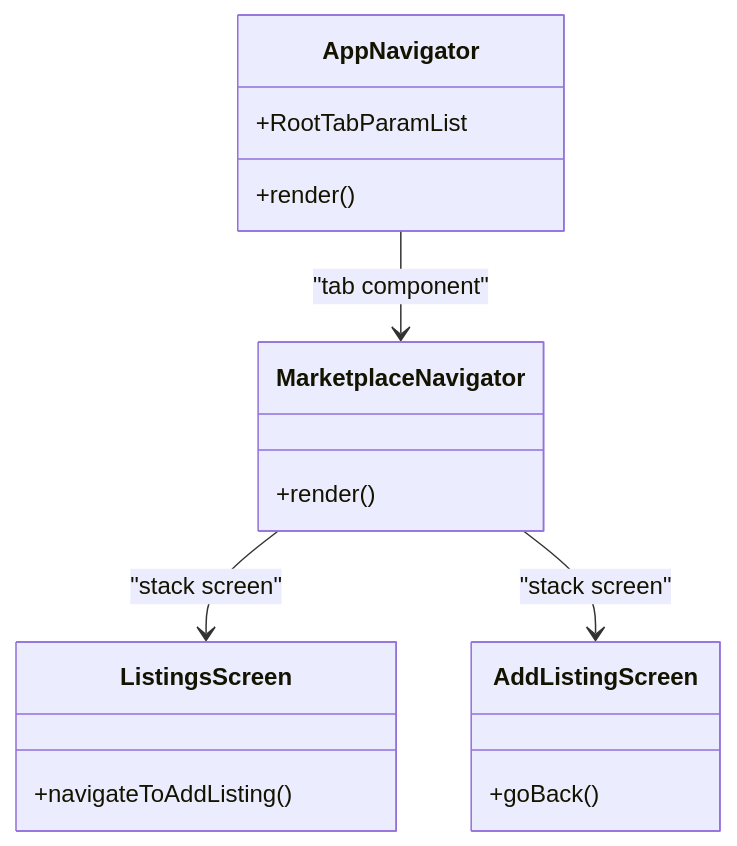
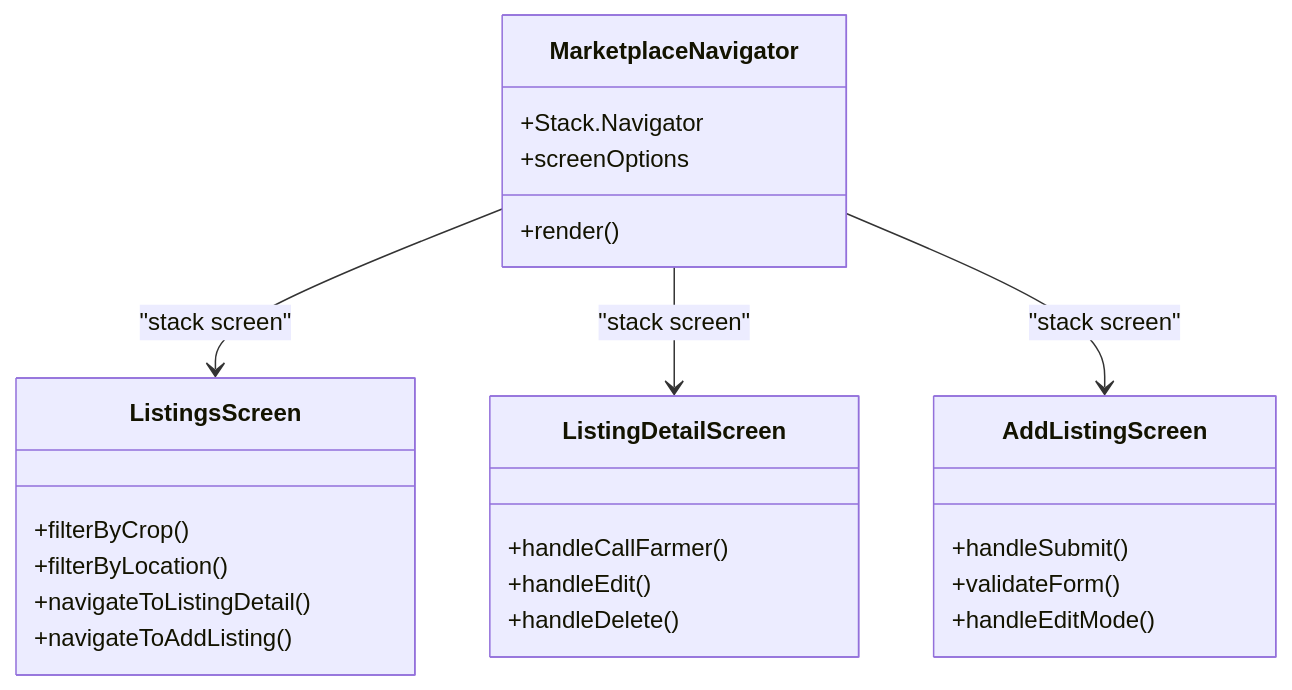
The fourth of 5 diagrams in .qoder/repowiki/en/content/Marketplace Feature/Marketplace Navigation.md (Aiman-Naeem/KisaanDost_AI_hackathon_Pakistan), drawn with Mermaid before and after one commit. The commit also changed other lines of this file and 42 other files, not shown here.

Commit message:
Day 2: farmer identity persistence, voice UX polish, listing detail/edit/call, shared design system, QA pass

````diff
--- a/.qoder/repowiki/en/content/Marketplace Feature/Marketplace Navigation.md
+++ b/.qoder/repowiki/en/content/Marketplace Feature/Marketplace Navigation.md
@@ -137,19 +175,27 @@
 ```mermaid
 classDiagram
-class AppNavigator {
-+RootTabParamList
-+render()
-}
 class MarketplaceNavigator {
 +render()
++Stack.Navigator
++screenOptions
 }
 class ListingsScreen {
++filterByCrop()
++filterByLocation()
++navigateToListingDetail()
 +navigateToAddListing()
 }
+class ListingDetailScreen {
++handleCallFarmer()
++handleEdit()
++handleDelete()
+}
 class AddListingScreen {
-+goBack()
++handleSubmit()
++validateForm()
++handleEditMode()
 }
-AppNavigator --> MarketplaceNavigator : "tab component"
 MarketplaceNavigator --> ListingsScreen : "stack screen"
+MarketplaceNavigator --> ListingDetailScreen : "stack screen"
 MarketplaceNavigator --> AddListingScreen : "stack screen"
 ```
````
